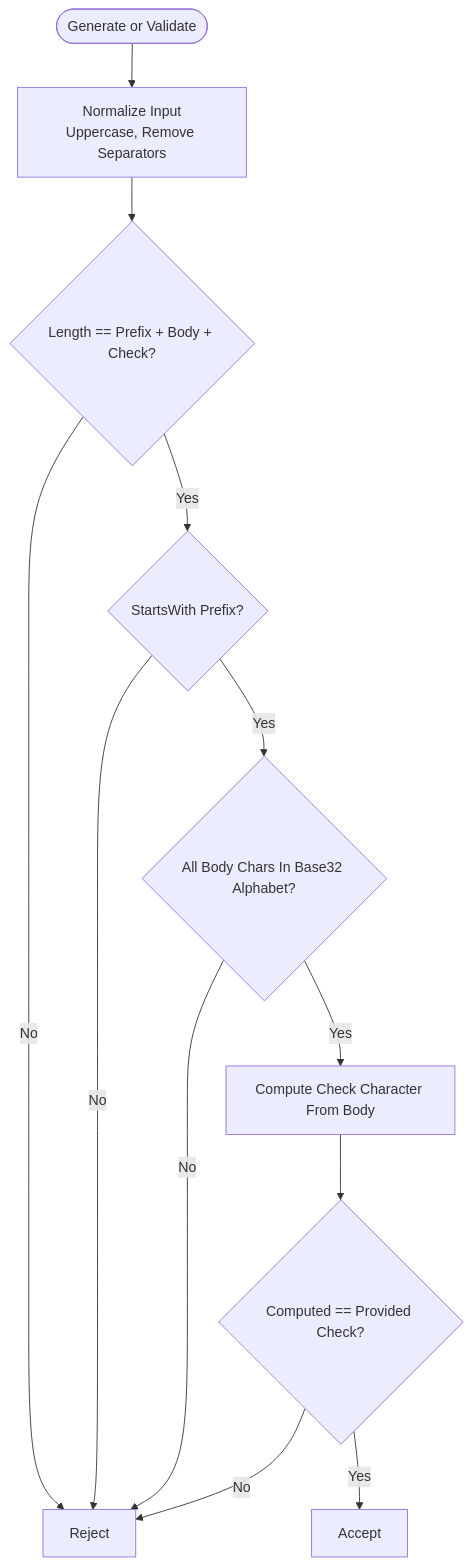
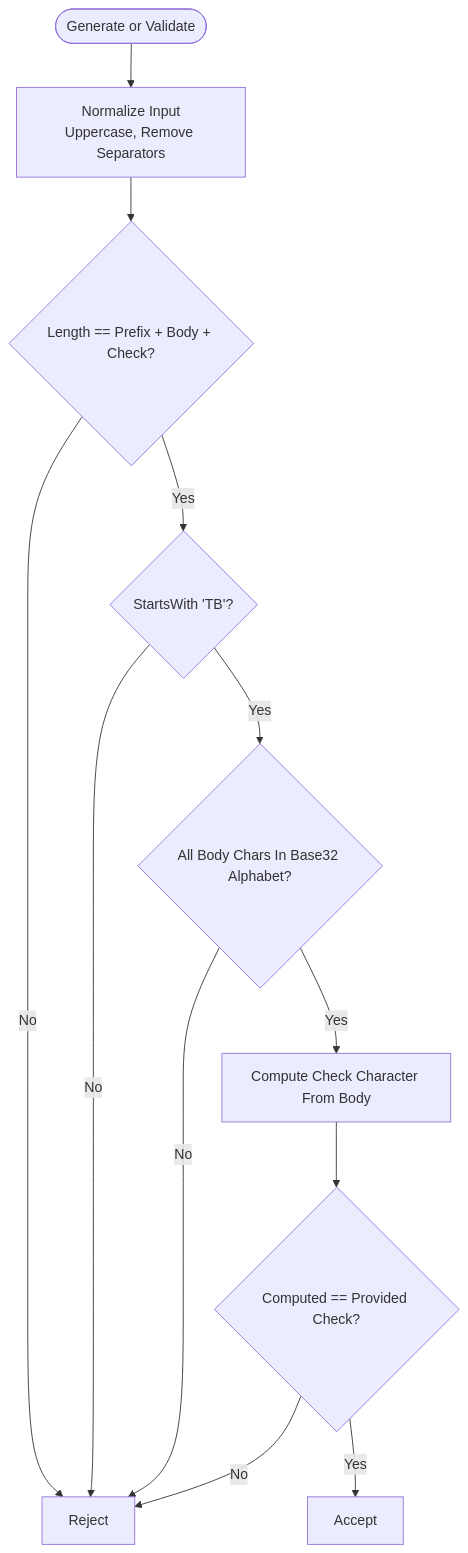
The third of 7 diagrams in .qoder/repowiki/en/content/Tracking System/Tracking System.md (gyamposudodzi/Timberland), drawn with Mermaid before and after one commit. The commit also changed other lines of this file and 87 other files, not shown here.

````diff
--- a/.qoder/repowiki/en/content/Tracking System/Tracking System.md
+++ b/.qoder/repowiki/en/content/Tracking System/Tracking System.md
@@ -176,14 +186,14 @@
 ```mermaid
 flowchart TD
 Start(["Generate or Validate"]) --> Normalize["Normalize Input<br/>Uppercase, Remove Separators"]
 Normalize --> LengthCheck{"Length == Prefix + Body + Check?"}
 LengthCheck --> |No| Reject["Reject"]
-LengthCheck --> |Yes| PrefixCheck{"StartsWith Prefix?"}
+LengthCheck --> |Yes| PrefixCheck{"StartsWith 'TB'?"}
 PrefixCheck --> |No| Reject
 PrefixCheck --> |Yes| BodyAlphabet{"All Body Chars In Base32 Alphabet?"}
 BodyAlphabet --> |No| Reject
 BodyAlphabet --> |Yes| ComputeCheck["Compute Check Character From Body"]
 ComputeCheck --> MatchCheck{"Computed == Provided Check?"}
 MatchCheck --> |No| Reject
 MatchCheck --> |Yes| Accept["Accept"]
 ```
````
